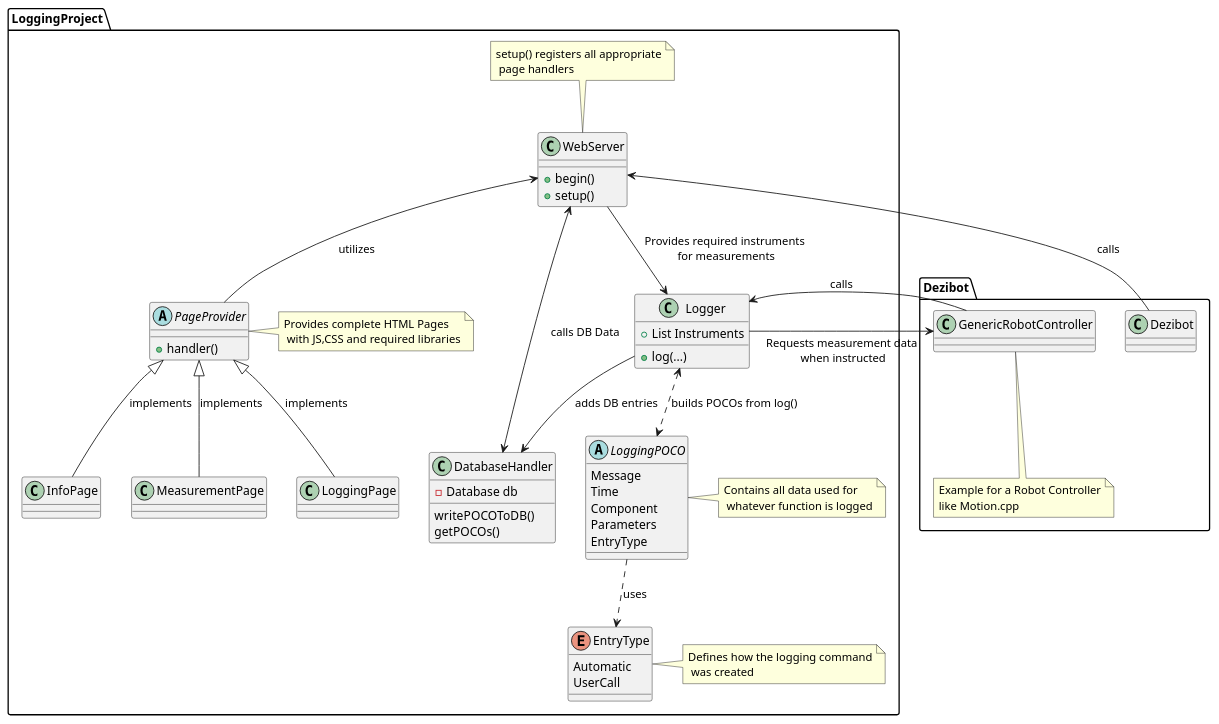
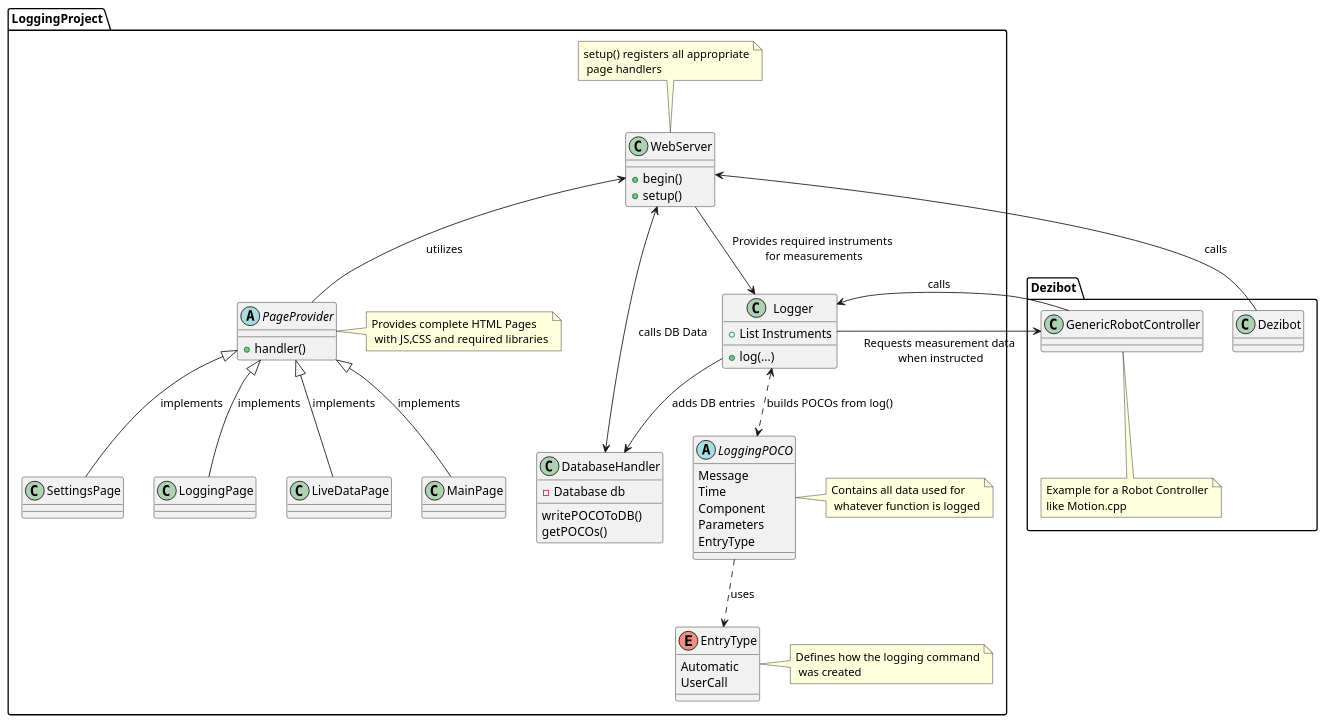
The diagram in docs/ProjectStructure.puml (dezibot/dezibot), drawn with PlantUML before and after one commit.

Commit message:
Updated UML

```diff
--- a/docs/ProjectStructure.puml
+++ b/docs/ProjectStructure.puml
@@ -1,83 +1,85 @@
 @startuml
 'https://plantuml.com/class-diagram
 
 Package LoggingProject {
     WebServer <-> DatabaseHandler : calls DB Data
 
     class WebServer {
         + begin()
         + setup()
     }
 
     Note top of WebServer : setup() registers all appropriate\n page handlers
 
     WebServer <-- PageProvider : "utilizes"
 
     abstract PageProvider {
         + handler()
     }
 
     LoggingPage -up-|> PageProvider : implements
-    MeasurementPage -up-|> PageProvider : implements
-    InfoPage -up-|> PageProvider : implements
+    LiveDataPage -up-|> PageProvider : implements
+    MainPage -up-|> PageProvider : implements
+    SettingsPage -up-|> PageProvider : implements
 
     class LoggingPage {}
-    class MeasurementPage {}
-    class InfoPage {}
+    class LiveDataPage {}
+    class MainPage {}
+    class SettingsPage {}
 
     Note right of PageProvider : Provides complete HTML Pages\n with JS,CSS and required libraries
 
     Logger --> DatabaseHandler : adds DB entries
 
     class Logger {
         + List Instruments
         + log(...)
     }
 
     Logger <.-> LoggingPOCO : builds POCOs from log()
 
     abstract LoggingPOCO {
         Message
         Time
         Component
         Parameters
         EntryType
     }
 
     Note right of LoggingPOCO : Contains all data used for\n whatever function is logged
 
     LoggingPOCO .-> EntryType : uses
 
     enum EntryType {
         Automatic
         UserCall
     }
 
     Note right of EntryType : Defines how the logging command\n was created
 
     WebServer --> Logger : Provides required instruments\n for measurements
 
     class DatabaseHandler {
         - Database db
         writePOCOToDB()
         getPOCOs()
     }
 }
 
 Package Dezibot {
     Dezibot -right-> WebServer : calls
     class Dezibot {}
 
     Logger --> GenericRobotController : Requests measurement data\n when instructed
     GenericRobotController -left-> Logger : calls
 
     class GenericRobotController {
 
     }
 
     Note bottom of GenericRobotController : Example for a Robot Controller\nlike Motion.cpp
 }
 
 
 
 @enduml
```
